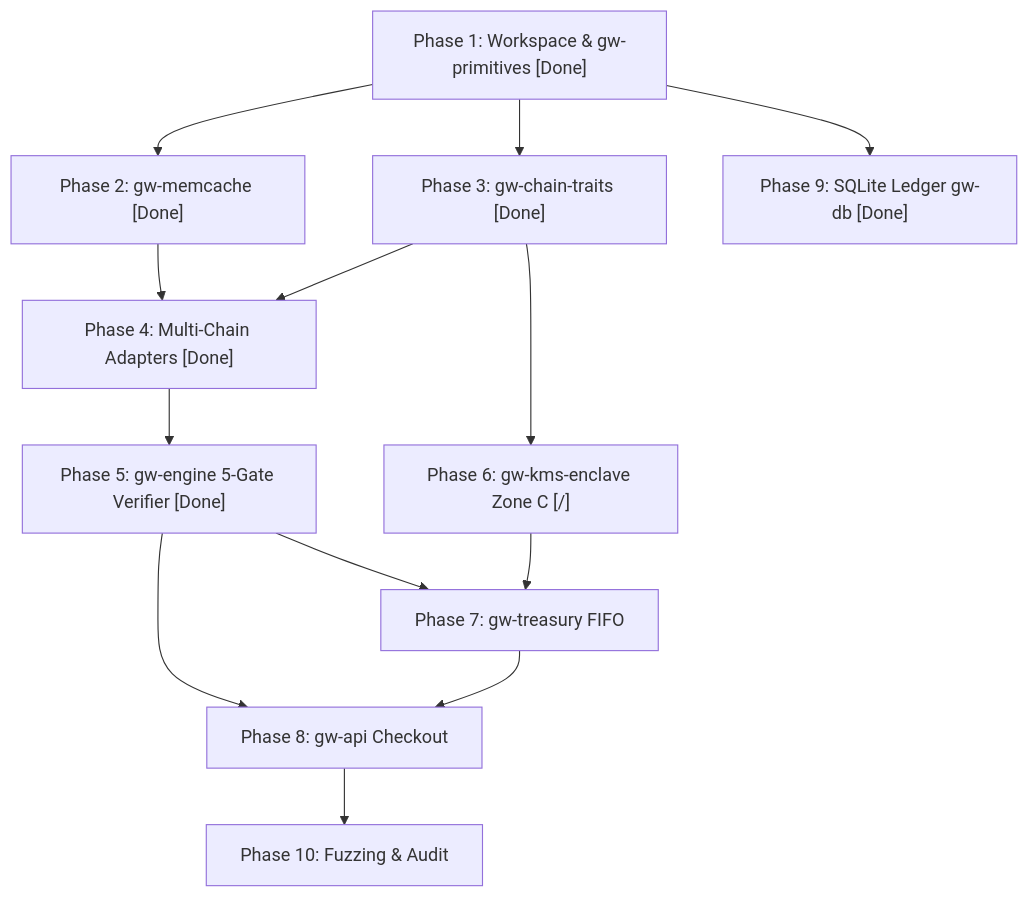
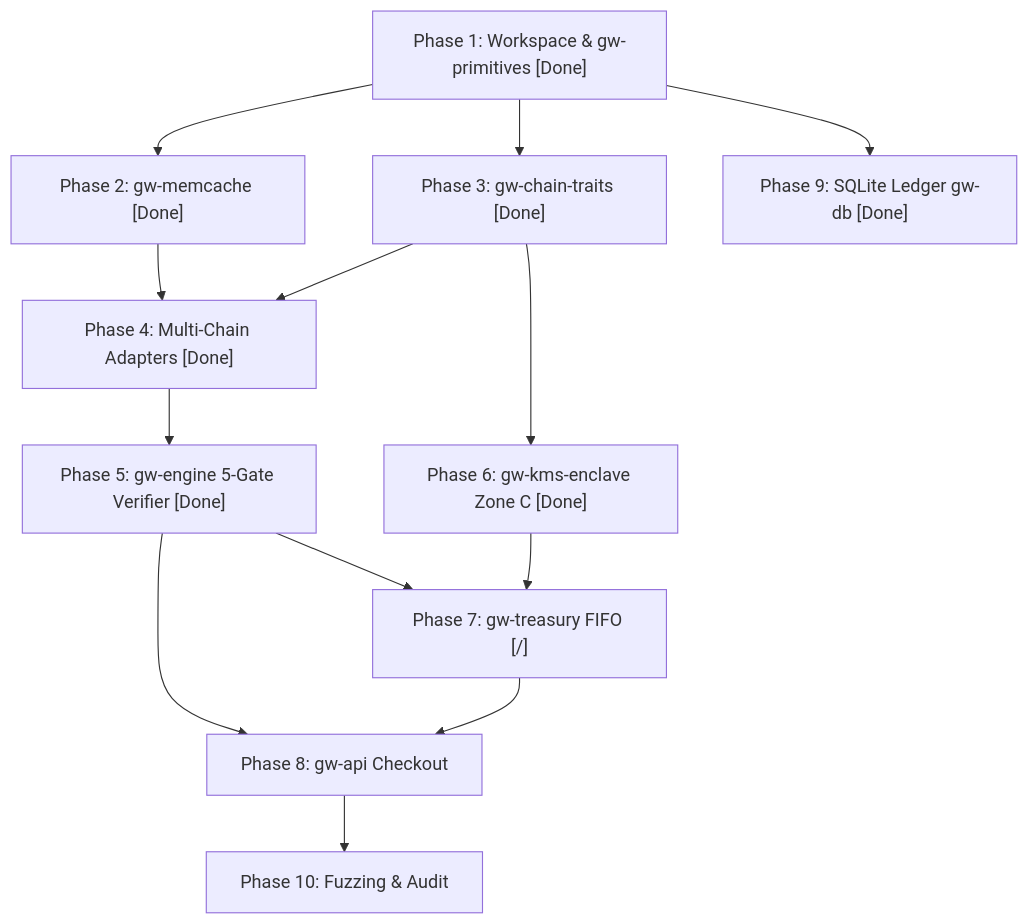
One commit to Kurisuma/gateway-crypto changed the diagram in tasks.md. Above: the diagram before and after it, drawn with Mermaid. The commit also changed other lines of this file and 4 other files, not shown here.

Commit message:
feat: implement Phase 6 Zone C KMS enclave signer and presign policy guard (gw-kms-enclave)

````diff
--- a/tasks.md
+++ b/tasks.md
@@ -326,15 +326,15 @@
 ```mermaid
 flowchart TD
     P1["Phase 1: Workspace & gw-primitives [Done]"] --> P2["Phase 2: gw-memcache [Done]"]
     P1 --> P3["Phase 3: gw-chain-traits [Done]"]
     P1 --> P9["Phase 9: SQLite Ledger gw-db [Done]"]
     P2 --> P4["Phase 4: Multi-Chain Adapters [Done]"]
     P3 --> P4
     P4 --> P5["Phase 5: gw-engine 5-Gate Verifier [Done]"]
-    P3 --> P6["Phase 6: gw-kms-enclave Zone C [/]"]
-    P5 --> P7["Phase 7: gw-treasury FIFO"]
+    P3 --> P6["Phase 6: gw-kms-enclave Zone C [Done]"]
+    P5 --> P7["Phase 7: gw-treasury FIFO [/]"]
     P6 --> P7
     P5 --> P8["Phase 8: gw-api Checkout"]
     P7 --> P8
     P8 --> P10["Phase 10: Fuzzing & Audit"]
 ```
````
